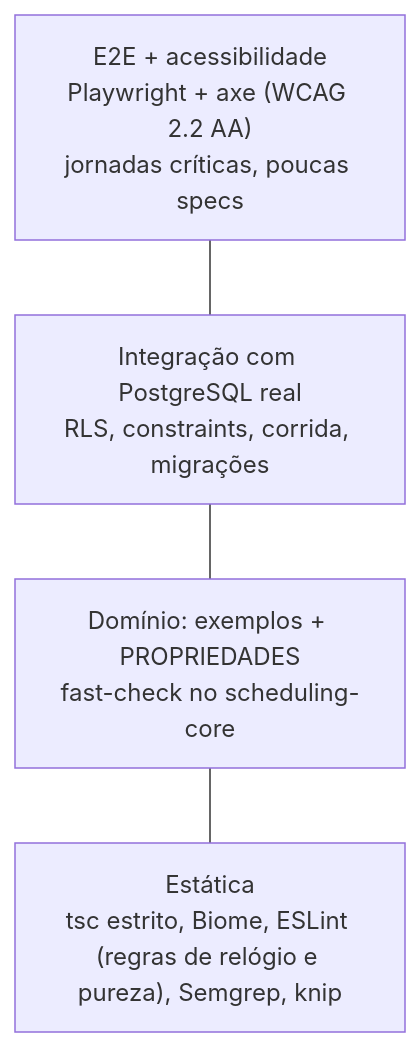
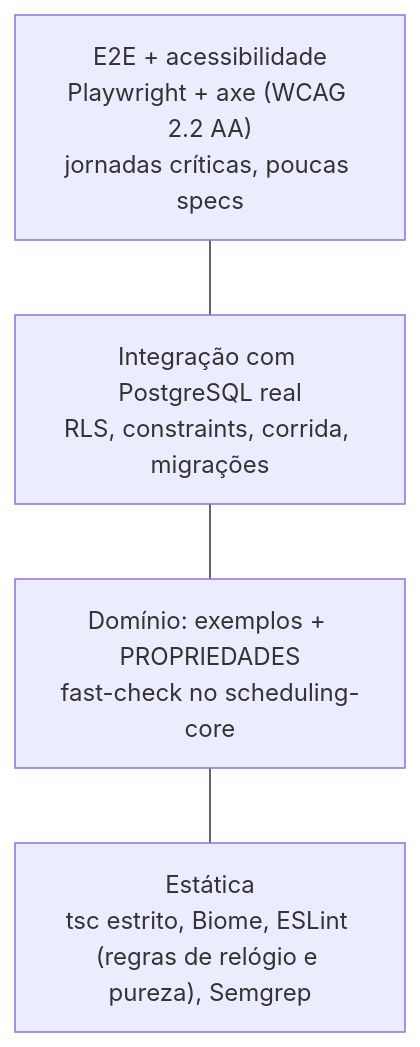
One commit to lucasvianaemp40-byte/databricks changed the diagram in docs/qa/estrategia.md. Above: the diagram before and after it, drawn with Mermaid. The commit also changed other lines of this file and 182 other files, not shown here.

````diff
--- a/docs/qa/estrategia.md
+++ b/docs/qa/estrategia.md
@@ -15,8 +15,8 @@
 ```mermaid
 flowchart TB
   e2e["E2E + acessibilidade<br/>Playwright + axe (WCAG 2.2 AA)<br/>jornadas críticas, poucas specs"]
   int["Integração com PostgreSQL real<br/>RLS, constraints, corrida, migrações"]
   dom["Domínio: exemplos + PROPRIEDADES<br/>fast-check no scheduling-core"]
-  est["Estática<br/>tsc estrito, Biome, ESLint (regras de relógio e pureza), Semgrep, knip"]
+  est["Estática<br/>tsc estrito, Biome, ESLint (regras de relógio e pureza), Semgrep"]
   e2e --- int --- dom --- est
 ```
````
